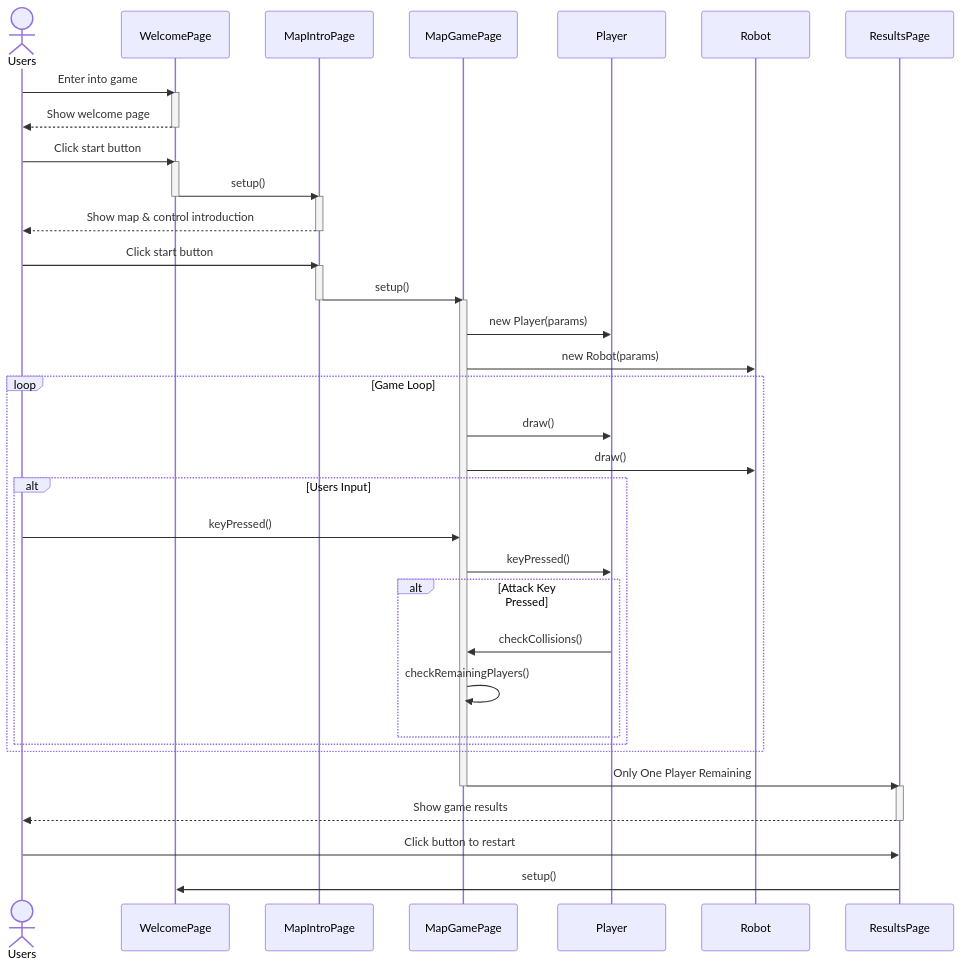
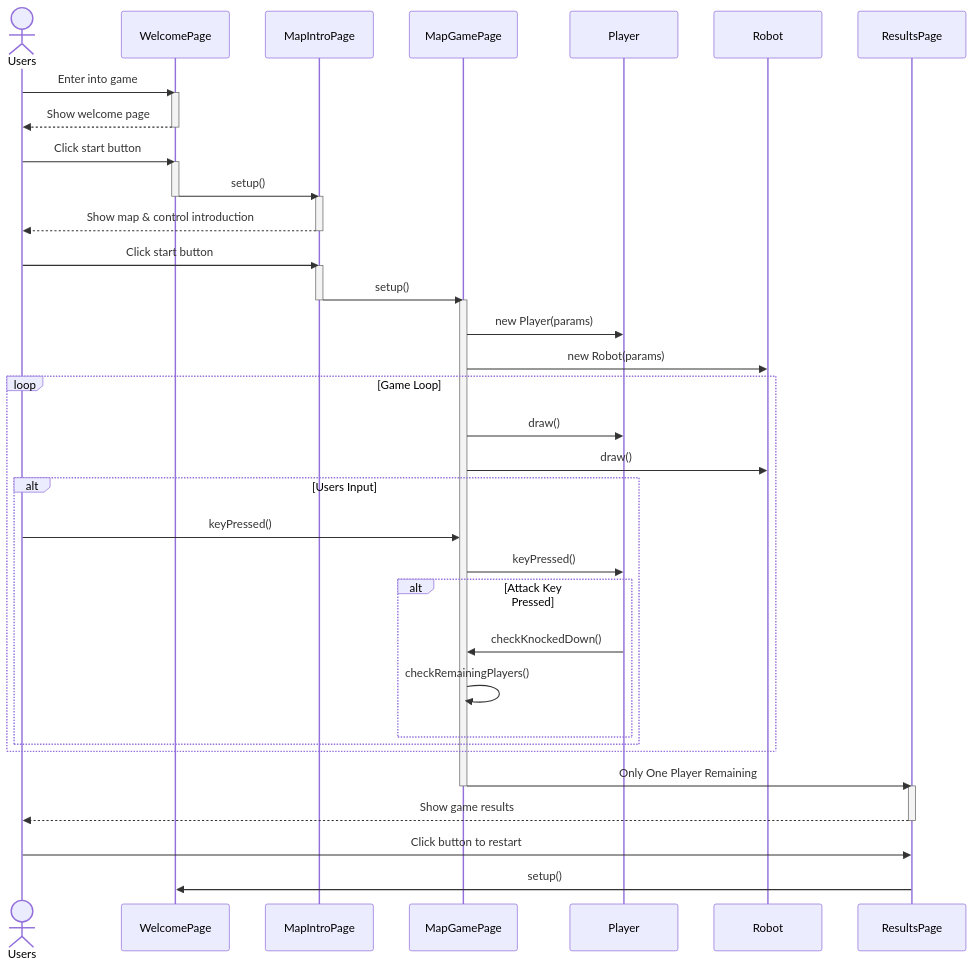
One commit to UoB-COMSM0166/2025-group-16 changed the second of 2 diagrams in README.md. Above: the diagram before and after it, drawn with Mermaid. The commit also changed 20 other files, not shown here.

````diff
--- a/README.md
+++ b/README.md
@@ -309,56 +309,56 @@
 ```mermaid
 sequenceDiagram
   actor Users
   participant WelcomePage
   participant MapIntroPage
   participant MapGamePage
   participant Player
   participant Robot
   participant ResultsPage
 
   Users->>WelcomePage: Enter into game
   activate WelcomePage
   WelcomePage-->>Users: Show welcome page
   deactivate WelcomePage
 
   Users->>WelcomePage: Click start button
   activate WelcomePage
   WelcomePage->>MapIntroPage: setup()
   deactivate WelcomePage
 
   activate MapIntroPage
   MapIntroPage-->>Users: Show map & control introduction
   deactivate MapIntroPage
 
   Users->>MapIntroPage: Click start button
   activate MapIntroPage
   MapIntroPage->>MapGamePage: setup()
   deactivate MapIntroPage
 
   activate MapGamePage
   MapGamePage->>Player: new Player(params)
   MapGamePage->>Robot: new Robot(params)
 
   loop Game Loop
       MapGamePage->>Player: draw()
       MapGamePage->>Robot: draw()
 
       alt Users Input
           Users->>MapGamePage: keyPressed()
           MapGamePage->>Player: keyPressed()
 
           alt Attack Key Pressed
-              Player->>MapGamePage: checkCollisions()
+              Player->>MapGamePage: checkKnockedDown()
               MapGamePage->>MapGamePage: checkRemainingPlayers()
           end
       end
   end
 
   MapGamePage->>ResultsPage: Only One Player Remaining
   deactivate MapGamePage
   activate ResultsPage
   ResultsPage-->>Users: Show game results
   deactivate ResultsPage
   Users->>ResultsPage: Click button to restart
   ResultsPage->>WelcomePage: setup()
 ```
````
